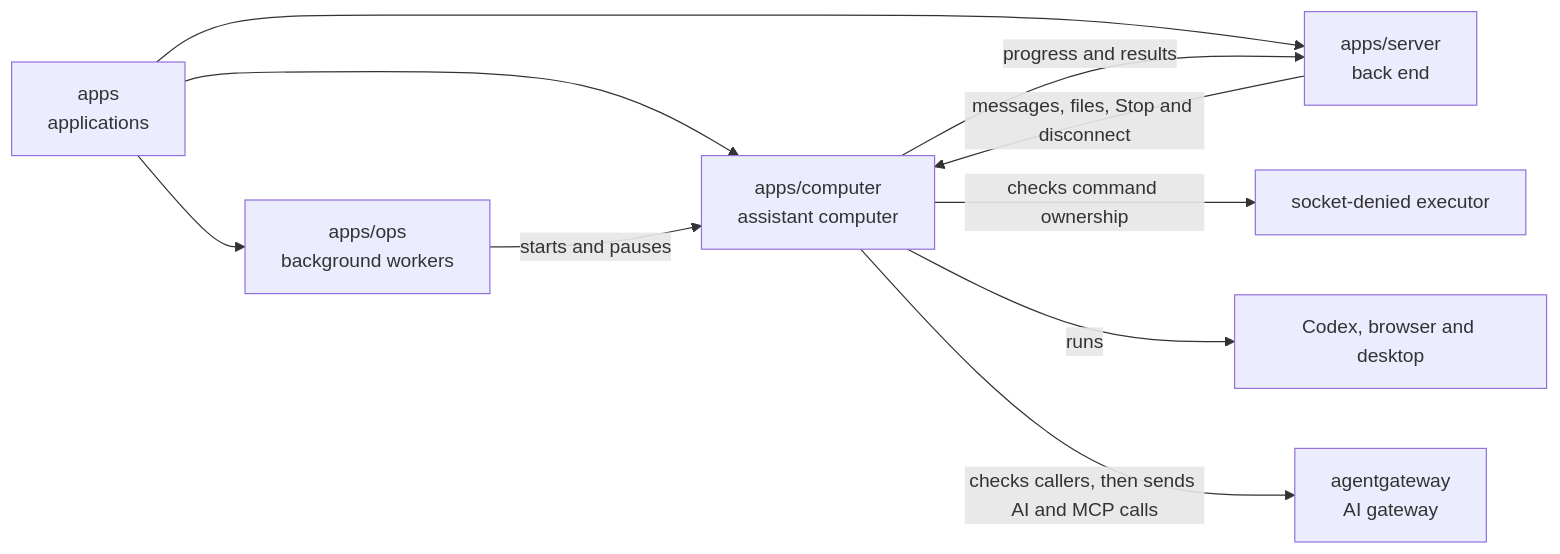
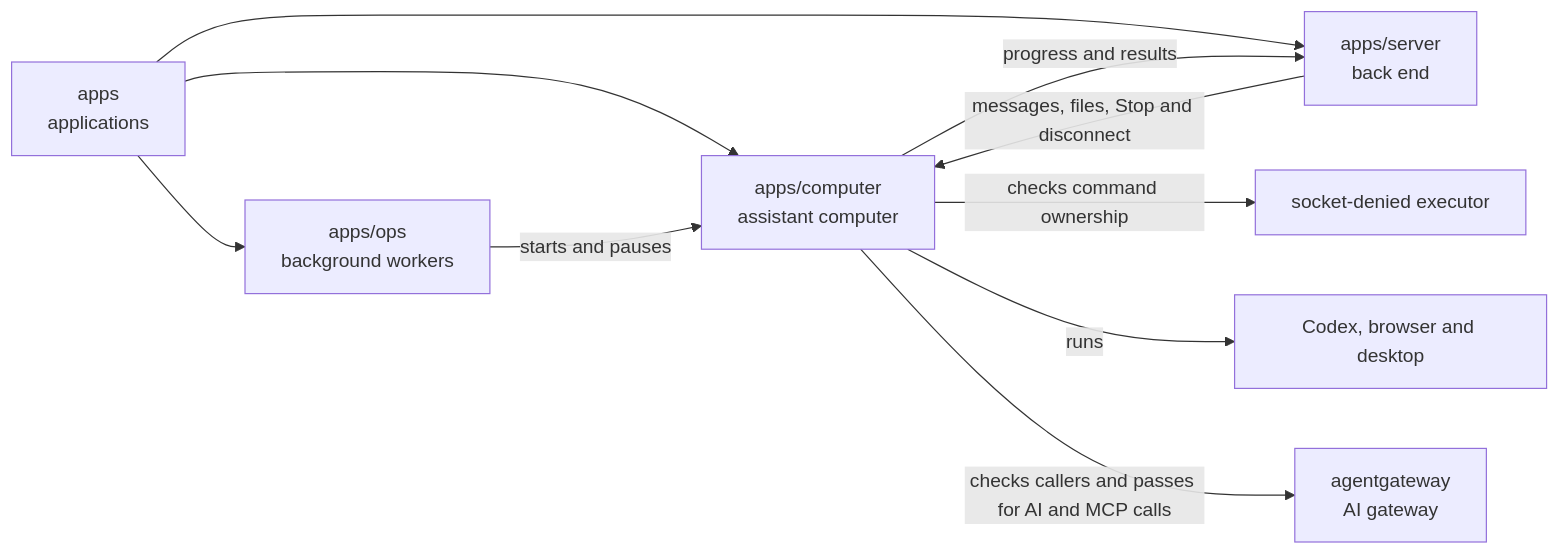
Before and after one commit to elewa-git/opencrane-new: the diagram in apps/computer/README.md, drawn with Mermaid. The commit also changed other lines of this file and 4 other files, not shown here.

````diff
--- a/apps/computer/README.md
+++ b/apps/computer/README.md
@@ -16,12 +16,12 @@
 ```mermaid
 flowchart LR
   apps["apps<br/>applications"] --> computer["apps/computer<br/>assistant computer"]
   apps --> ops["apps/ops<br/>background workers"]
   apps --> server["apps/server<br/>back end"]
   ops -->|starts and pauses| computer
   server -->|messages, files, Stop and disconnect| computer
   computer -->|progress and results| server
   computer -->|checks command ownership| executor["socket-denied executor"]
   computer -->|runs| desktop["Codex, browser and desktop"]
-  computer -->|checks callers, then sends AI and MCP calls| gateway["agentgateway<br/>AI gateway"]
+  computer -->|checks callers and passes for AI and MCP calls| gateway["agentgateway<br/>AI gateway"]
 ```
````
